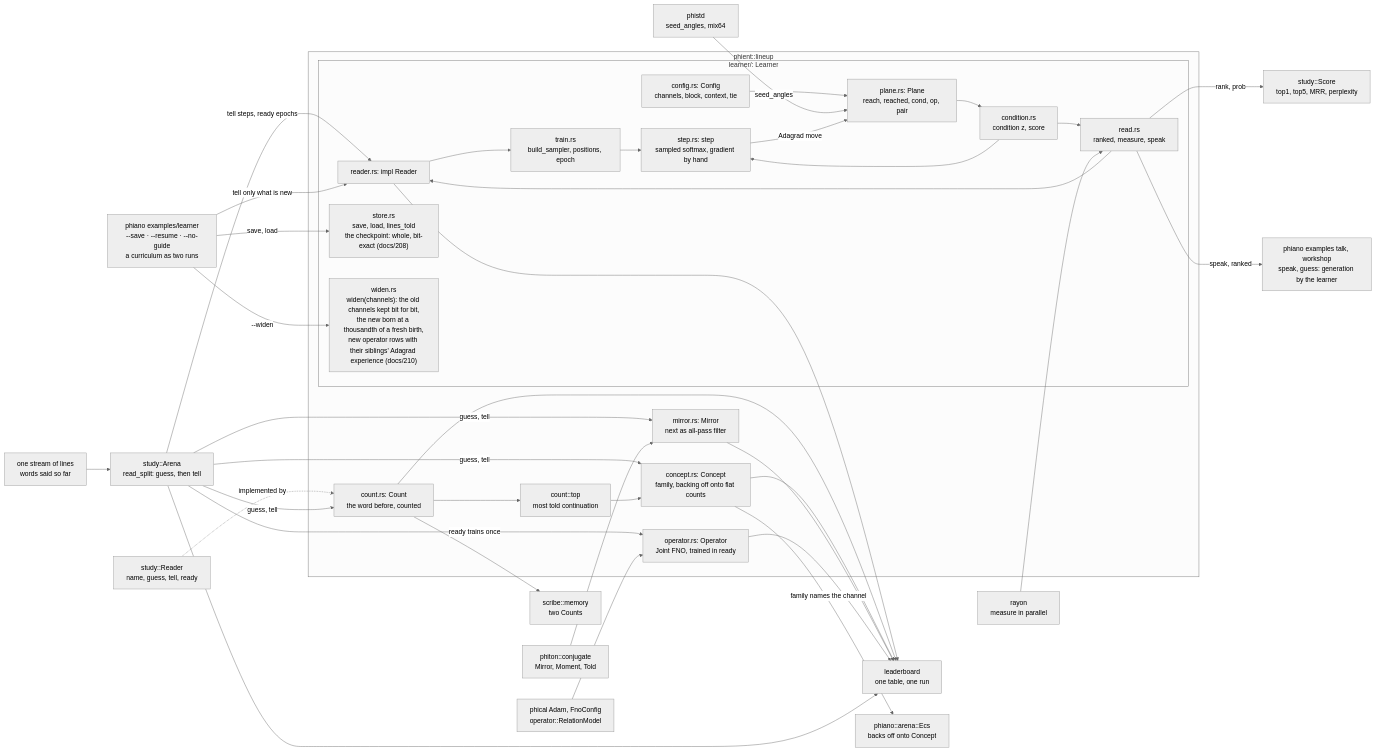
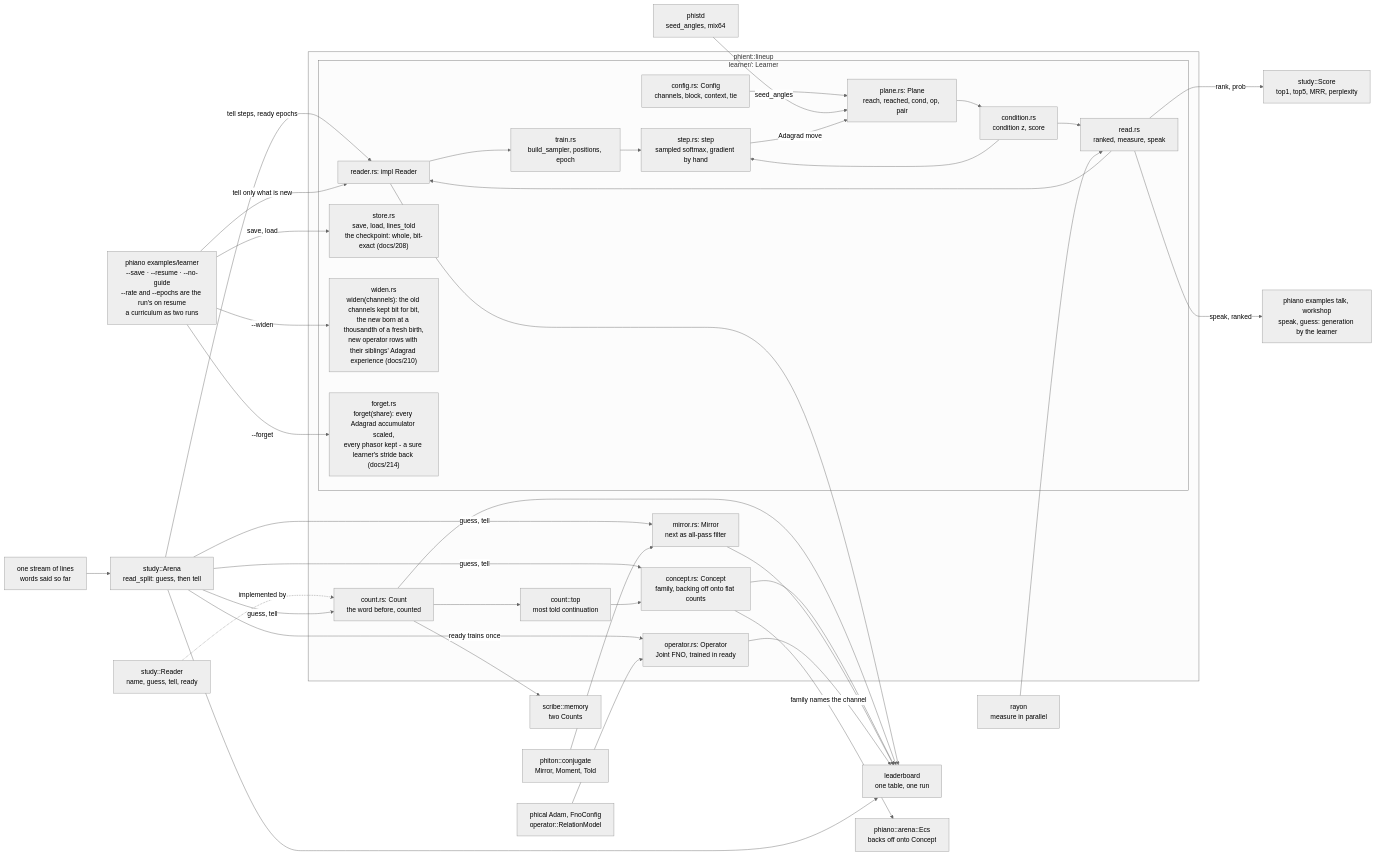
One commit to gemphi/phinet changed the diagram in docs/phient/lineup.md. Above: the diagram before and after it, drawn with Mermaid (neutral theme).

Commit message:
lineup diagram: forget.rs beside widen.rs; phient and phiano pointers

````diff
--- a/docs/phient/lineup.md
+++ b/docs/phient/lineup.md
@@ -3,71 +3,73 @@
 ```mermaid
 graph LR
     Stream["one stream of lines<br/>words said so far"]
     Study["study::Arena<br/>read_split: guess, then tell"]
     ReaderT["study::Reader<br/>name, guess, tell, ready"]
     Phical["phiton::conjugate<br/>Mirror, Moment, Told"]
     Fno["phical Adam, FnoConfig<br/>operator::RelationModel"]
     Phistd["phistd<br/>seed_angles, mix64"]
     Rayon["rayon<br/>measure in parallel"]
     ScoreT["study::Score<br/>top1, top5, MRR, perplexity"]
 
     subgraph lineup["phient::lineup"]
         Count["count.rs: Count<br/>the word before, counted"]
         Top["count::top<br/>most told continuation"]
         Concept["concept.rs: Concept<br/>family, backing off onto flat counts"]
         Mirror["mirror.rs: Mirror<br/>next as all-pass filter"]
         Operator["operator.rs: Operator<br/>Joint FNO, trained in ready"]
         subgraph learner["learner/: Learner"]
             LConfig["config.rs: Config<br/>channels, block, context, tie"]
             Plane["plane.rs: Plane<br/>reach, reached, cond, op, pair"]
             Condition["condition.rs<br/>condition z, score"]
             Step["step.rs: step<br/>sampled softmax, gradient by hand"]
             Train["train.rs<br/>build_sampler, positions, epoch"]
             Read["read.rs<br/>ranked, measure, speak"]
             LReader["reader.rs: impl Reader"]
             Store["store.rs<br/>save, load, lines_told<br/>the checkpoint: whole, bit-exact (docs/208)"]
             Widen["widen.rs<br/>widen(channels): the old channels kept bit for bit,<br/>the new born at a thousandth of a fresh birth,<br/>new operator rows with their siblings' Adagrad experience (docs/210)"]
+            Forget["forget.rs<br/>forget(share): every Adagrad accumulator scaled,<br/>every phasor kept - a sure learner's stride back (docs/214)"]
         end
     end
 
     Board["leaderboard<br/>one table, one run"]
     Ecs["phiano::arena::Ecs<br/>backs off onto Concept"]
     Scribe["scribe::memory<br/>two Counts"]
     Talk["phiano examples talk, workshop<br/>speak, guess: generation by the learner"]
 
     Stream --> Study
     ReaderT -.->|"implemented by"| Count
     Study -->|"guess, tell"| Count
     Study -->|"guess, tell"| Concept
     Study -->|"guess, tell"| Mirror
     Study -->|"ready trains once"| Operator
     Study -->|"tell steps, ready epochs"| LReader
     Count --> Top
     Top --> Concept
     Concept -->|"family names the channel"| Ecs
     Phical --> Mirror
     Fno --> Operator
     LConfig --> Plane
     Phistd -->|"seed_angles"| Plane
     LReader --> Train
     Train --> Step
     Plane --> Condition
     Condition --> Step
     Step -->|"Adagrad move"| Plane
     Condition --> Read
     Rayon --> Read
     Read -->|"rank, prob"| ScoreT
     Read --> LReader
     Read -->|"speak, ranked"| Talk
-    Example["phiano examples/learner<br/>--save · --resume · --no-guide<br/>a curriculum as two runs"]
+    Example["phiano examples/learner<br/>--save · --resume · --no-guide<br/>--rate and --epochs are the run's on resume<br/>a curriculum as two runs"]
     Example -->|"save, load"| Store
     Example -->|"--widen"| Widen
+    Example -->|"--forget"| Forget
     Example -->|"tell only what is new"| LReader
     Count --> Board
     Concept --> Board
     Mirror --> Board
     Operator --> Board
     LReader --> Board
     Study --> Board
     Count --> Scribe
 ```
````
